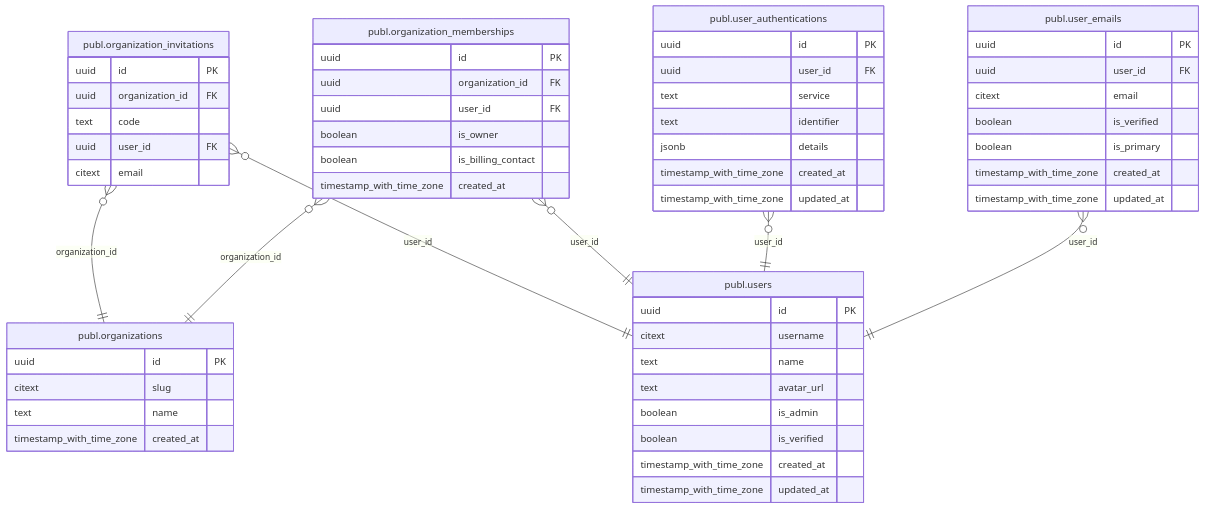
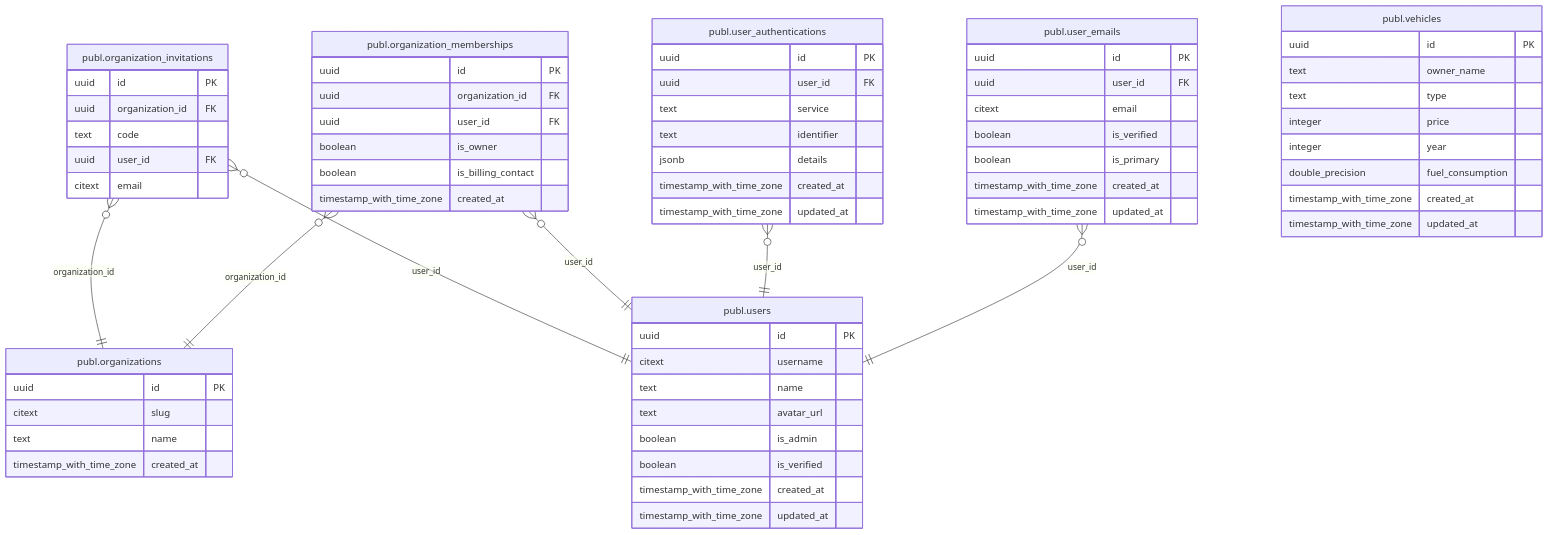
Before and after one commit to GRINN-dev/starter: the diagram in data/schema.mmd, drawn with Mermaid. The commit also changed 11 other files, not shown here.

```diff
--- a/data/schema.mmd
+++ b/data/schema.mmd
@@ -1,62 +1,73 @@
 erDiagram
     "publ.organization_invitations" {
         uuid id PK
         uuid organization_id FK
         text code 
         uuid user_id FK
         citext email 
     }
 
     "publ.organization_memberships" {
         uuid id PK
         uuid organization_id FK
         uuid user_id FK
         boolean is_owner 
         boolean is_billing_contact 
         timestamp_with_time_zone created_at 
     }
 
     "publ.organizations" {
         uuid id PK
         citext slug 
         text name 
         timestamp_with_time_zone created_at 
     }
 
     "publ.user_authentications" {
         uuid id PK
         uuid user_id FK
         text service 
         text identifier 
         jsonb details 
         timestamp_with_time_zone created_at 
         timestamp_with_time_zone updated_at 
     }
 
     "publ.user_emails" {
         uuid id PK
         uuid user_id FK
         citext email 
         boolean is_verified 
         boolean is_primary 
         timestamp_with_time_zone created_at 
         timestamp_with_time_zone updated_at 
     }
 
     "publ.users" {
         uuid id PK
         citext username 
         text name 
         text avatar_url 
         boolean is_admin 
         boolean is_verified 
         timestamp_with_time_zone created_at 
         timestamp_with_time_zone updated_at 
     }
 
+    "publ.vehicles" {
+        uuid id PK
+        text owner_name 
+        text type 
+        integer price 
+        integer year 
+        double_precision fuel_consumption 
+        timestamp_with_time_zone created_at 
+        timestamp_with_time_zone updated_at 
+    }
+
     "publ.organization_invitations" }o--|| "publ.organizations" : "organization_id"
     "publ.organization_invitations" }o--|| "publ.users" : "user_id"
     "publ.organization_memberships" }o--|| "publ.organizations" : "organization_id"
     "publ.organization_memberships" }o--|| "publ.users" : "user_id"
     "publ.user_authentications" }o--|| "publ.users" : "user_id"
     "publ.user_emails" }o--|| "publ.users" : "user_id"
```
